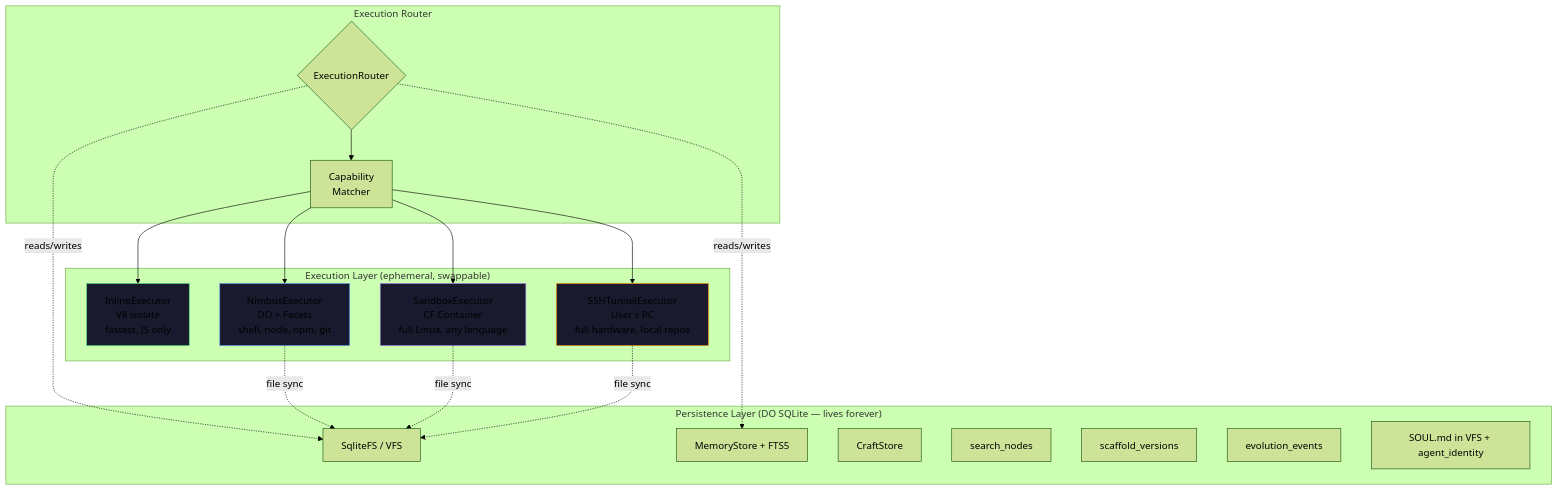
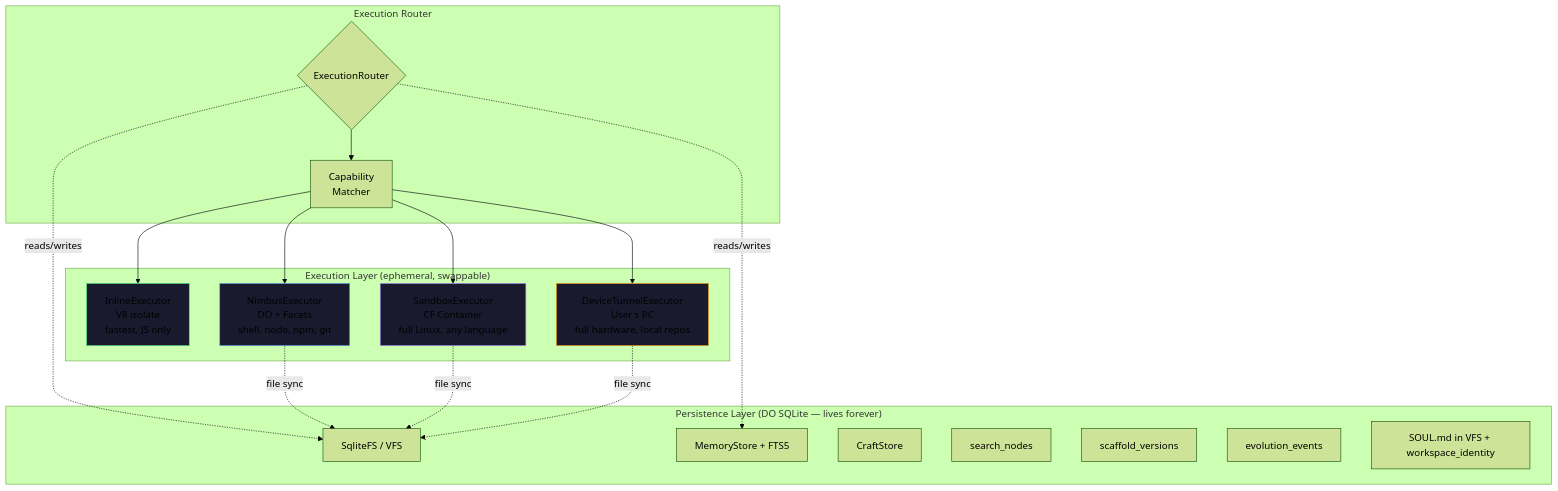
Before and after one commit to AshishKumar4/kinu: the first of 4 diagrams in docs/EXECUTION-LAYER-SPEC.md, drawn with Mermaid (forest theme). The commit also changed other lines of this file and 766 other files, not shown here.

````diff
--- a/docs/EXECUTION-LAYER-SPEC.md
+++ b/docs/EXECUTION-LAYER-SPEC.md
@@ -38,41 +38,41 @@
 ```mermaid
 graph TB
     subgraph "Persistence Layer (DO SQLite — lives forever)"
         VFS[SqliteFS / VFS]
         Memory[MemoryStore + FTS5]
         Craft[CraftStore]
         MCTS[search_nodes]
         Scaffold[scaffold_versions]
         Evolution[evolution_events]
-        Identity[SOUL.md in VFS + agent_identity]
+        Identity[SOUL.md in VFS + workspace_identity]
     end
 
     subgraph "Execution Router"
         Router{ExecutionRouter}
         CapCheck[Capability<br/>Matcher]
     end
 
     subgraph "Execution Layer (ephemeral, swappable)"
         Inline[InlineExecutor<br/>V8 isolate<br/>fastest, JS only]
         Nimbus[NimbusExecutor<br/>DO + Facets<br/>shell, node, npm, git]
         Sandbox[SandboxExecutor<br/>CF Container<br/>full Linux, any language]
-        SSH[SSHTunnelExecutor<br/>User's PC<br/>full hardware, local repos]
+        SSH[DeviceTunnelExecutor<br/>User's PC<br/>full hardware, local repos]
     end
 
     Router --> CapCheck
     CapCheck --> Inline
     CapCheck --> Nimbus
     CapCheck --> Sandbox
     CapCheck --> SSH
 
     Router -.->|reads/writes| VFS
     Router -.->|reads/writes| Memory
     Nimbus -.->|file sync| VFS
     Sandbox -.->|file sync| VFS
     SSH -.->|file sync| VFS
 
     style Inline fill:#1a1a2e,stroke:#4ade80
     style Nimbus fill:#1a1a2e,stroke:#60a5fa
     style Sandbox fill:#1a1a2e,stroke:#a78bfa
     style SSH fill:#1a1a2e,stroke:#f59e0b
 ```
````
